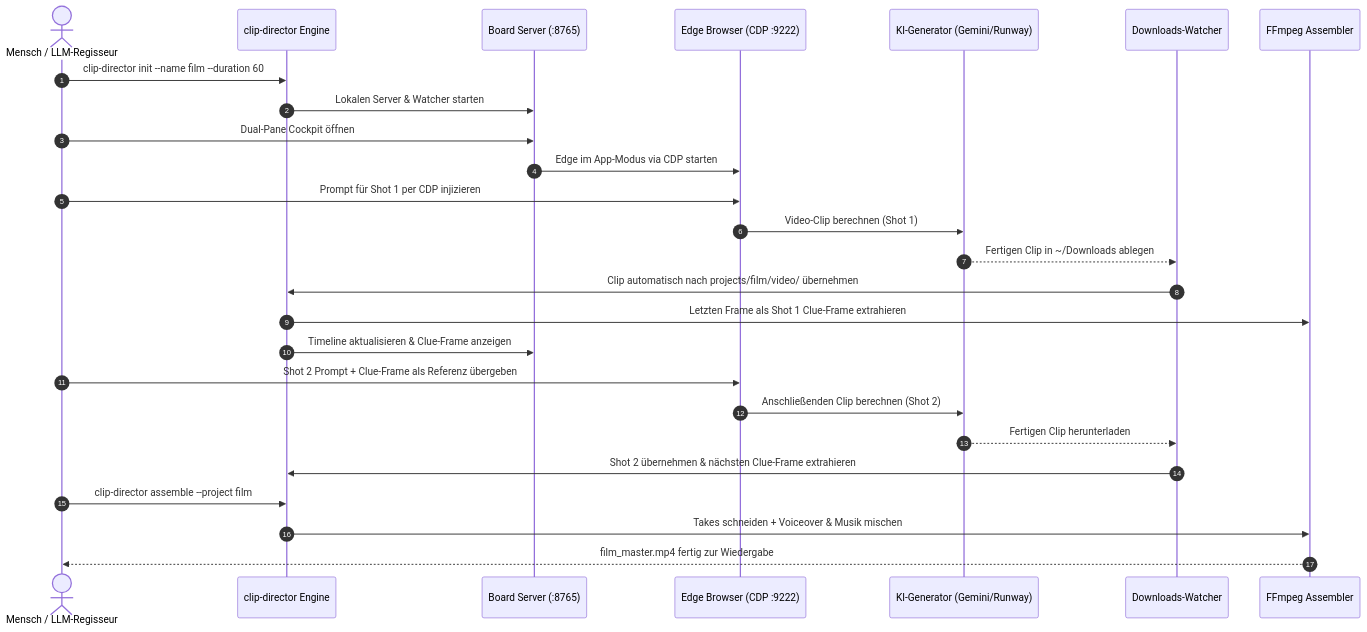
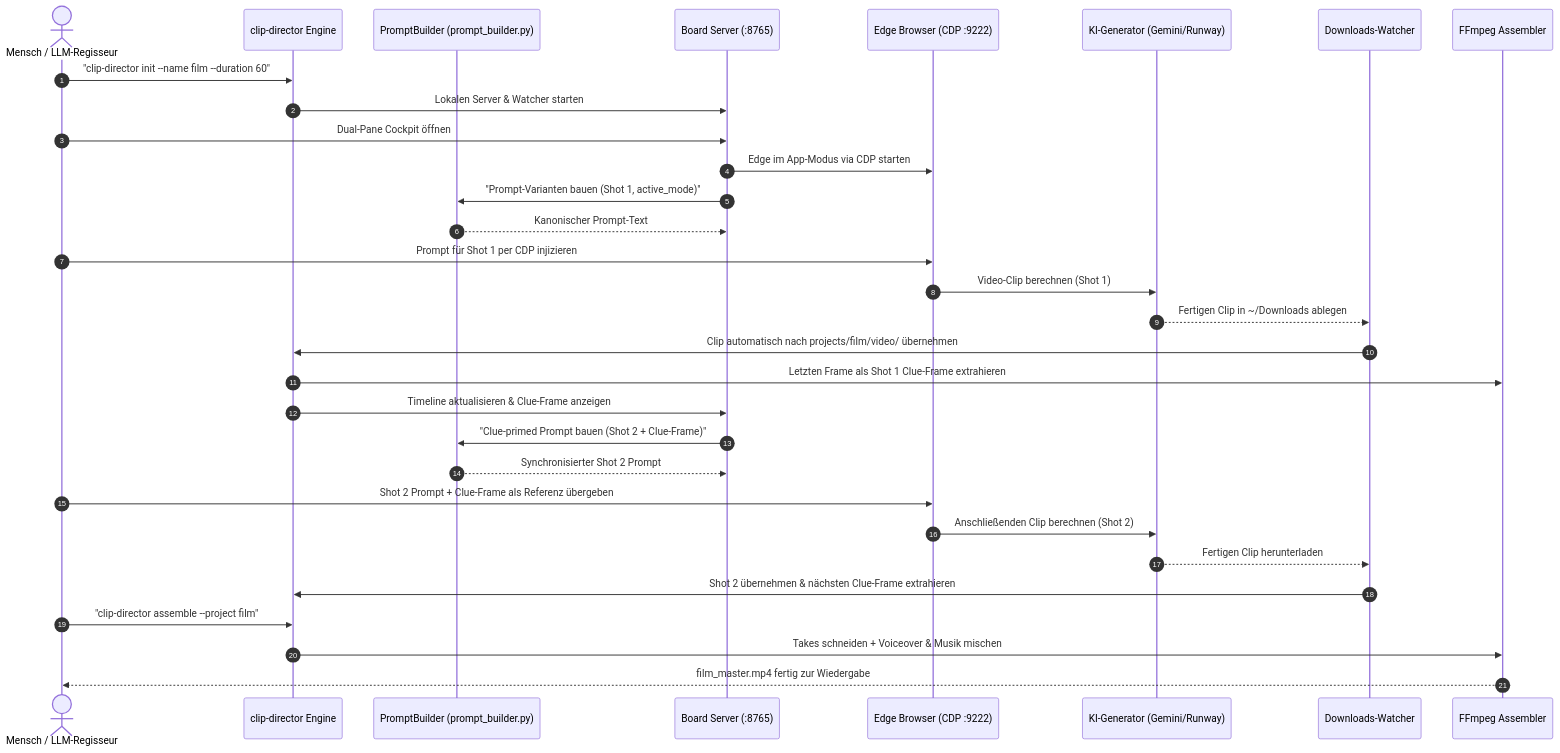
The second of 2 diagrams in README_de.md (ellmos-ai/clip-storyboard-director), drawn with Mermaid before and after one commit. The commit also changed other lines of this file and 6 other files, not shown here.

Commit message:
feat(marketing): Cockpit UI architecture, single-source prompt engine & discoverability

````diff
--- a/README_de.md
+++ b/README_de.md
@@ -280,29 +317,34 @@
 ```mermaid
 sequenceDiagram
     autonumber
     actor Regisseur as Mensch / LLM-Regisseur
     participant Engine as clip-director Engine
+    participant Builder as PromptBuilder (prompt_builder.py)
     participant Server as Board Server (:8765)
     participant Edge as Edge Browser (CDP :9222)
     participant KI as KI-Generator (Gemini/Runway)
     participant Watcher as Downloads-Watcher
     participant FFmpeg as FFmpeg Assembler
 
-    Regisseur->>Engine: clip-director init --name film --duration 60
+    Regisseur->>Engine: "clip-director init --name film --duration 60"
     Engine->>Server: Lokalen Server & Watcher starten
     Regisseur->>Server: Dual-Pane Cockpit öffnen
     Server->>Edge: Edge im App-Modus via CDP starten
+    Server->>Builder: "Prompt-Varianten bauen (Shot 1, active_mode)"
+    Builder-->>Server: Kanonischer Prompt-Text
     Regisseur->>Edge: Prompt für Shot 1 per CDP injizieren
     Edge->>KI: Video-Clip berechnen (Shot 1)
     KI-->>Watcher: Fertigen Clip in ~/Downloads ablegen
     Watcher->>Engine: Clip automatisch nach projects/film/video/ übernehmen
     Engine->>FFmpeg: Letzten Frame als Shot 1 Clue-Frame extrahieren
     Engine->>Server: Timeline aktualisieren & Clue-Frame anzeigen
+    Server->>Builder: "Clue-primed Prompt bauen (Shot 2 + Clue-Frame)"
+    Builder-->>Server: Synchronisierter Shot 2 Prompt
     Regisseur->>Edge: Shot 2 Prompt + Clue-Frame als Referenz übergeben
     Edge->>KI: Anschließenden Clip berechnen (Shot 2)
     KI-->>Watcher: Fertigen Clip herunterladen
     Watcher->>Engine: Shot 2 übernehmen & nächsten Clue-Frame extrahieren
-    Regisseur->>Engine: clip-director assemble --project film
+    Regisseur->>Engine: "clip-director assemble --project film"
     Engine->>FFmpeg: Takes schneiden + Voiceover & Musik mischen
     FFmpeg-->>Regisseur: film_master.mp4 fertig zur Wiedergabe
 ```
````
